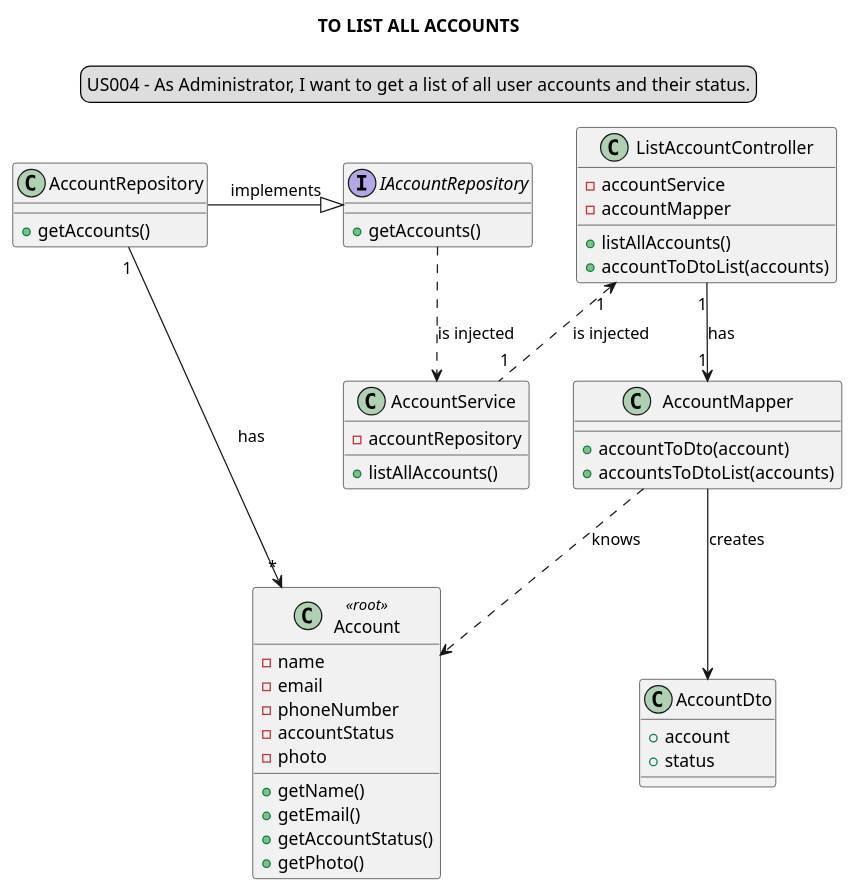
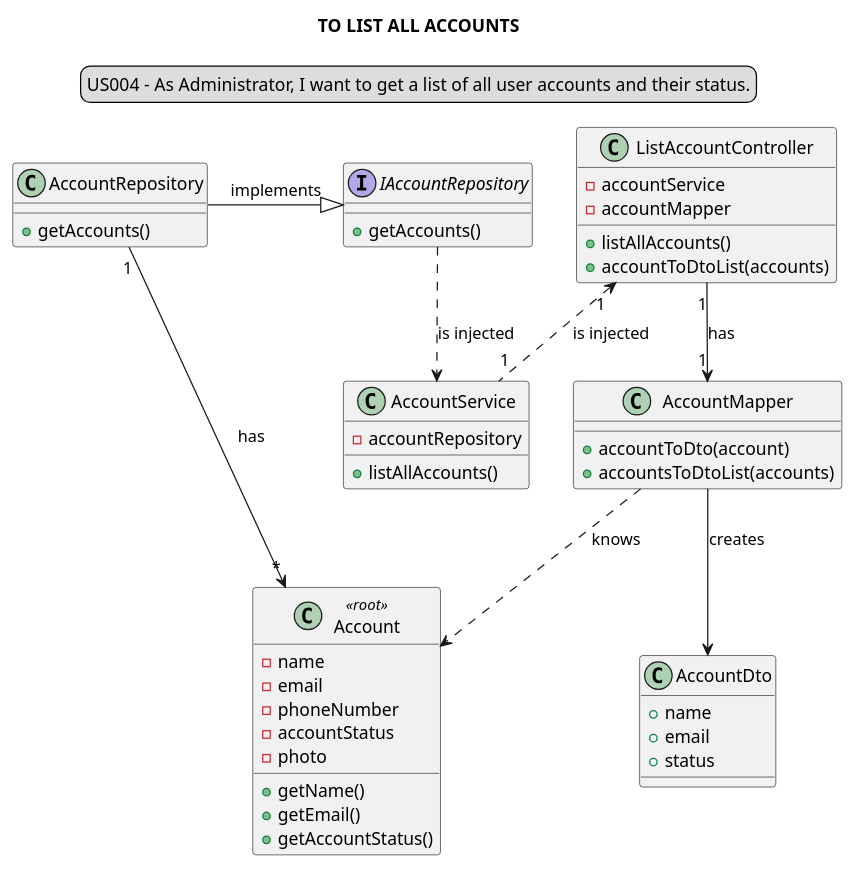
One commit to Loracline/project_switch_22-23 changed the diagram in docs/modelling_design/user_stories/sprint01/us004/US004_classDiagram.puml. Above: the diagram before and after it, drawn with PlantUML. The commit also changed 15 other files, not shown here.

Commit message:
US05-06: Design: corrected some minor errors in diagrams and updated general class diagram. addresses #375

```diff
--- a/docs/modelling_design/user_stories/sprint01/us004/US004_classDiagram.puml
+++ b/docs/modelling_design/user_stories/sprint01/us004/US004_classDiagram.puml
@@ -1,59 +1,59 @@
 @startuml
 skinparam sequenceMessageAlign center
 title TO LIST ALL ACCOUNTS
 legend top
 US004 - As Administrator, I want to get a list of all user accounts and their status.
 end legend
 
 
 class ListAccountController {
 -accountService
 -accountMapper
 +listAllAccounts()
 +accountToDtoList(accounts)
 }
 
 class AccountService{
 -accountRepository
 +listAllAccounts()
 }
 
 class AccountRepository{
 +getAccounts()
 }
 
 interface IAccountRepository{
 +getAccounts()
 }
 
 class AccountMapper {
 +accountToDto(account)
 +accountsToDtoList(accounts)
 }
 
 class AccountDto{
-+account
++name
++email
 +status
 }
 
 class "Account" <<root>>{
 -name
 -email
 -phoneNumber
 -accountStatus
 -photo
 +getName()
 +getEmail()
 +getAccountStatus()
-+getPhoto()
 }
 
 ListAccountController"1" <.. "1"AccountService : is injected
 AccountRepository -|> IAccountRepository : implements
 IAccountRepository ..> AccountService : is injected
 ListAccountController "1"--> "1"AccountMapper : has
 AccountMapper --> AccountDto : creates
 AccountRepository "1"->"*" Account: has
 AccountMapper ..> Account : knows
 
 @enduml
```
